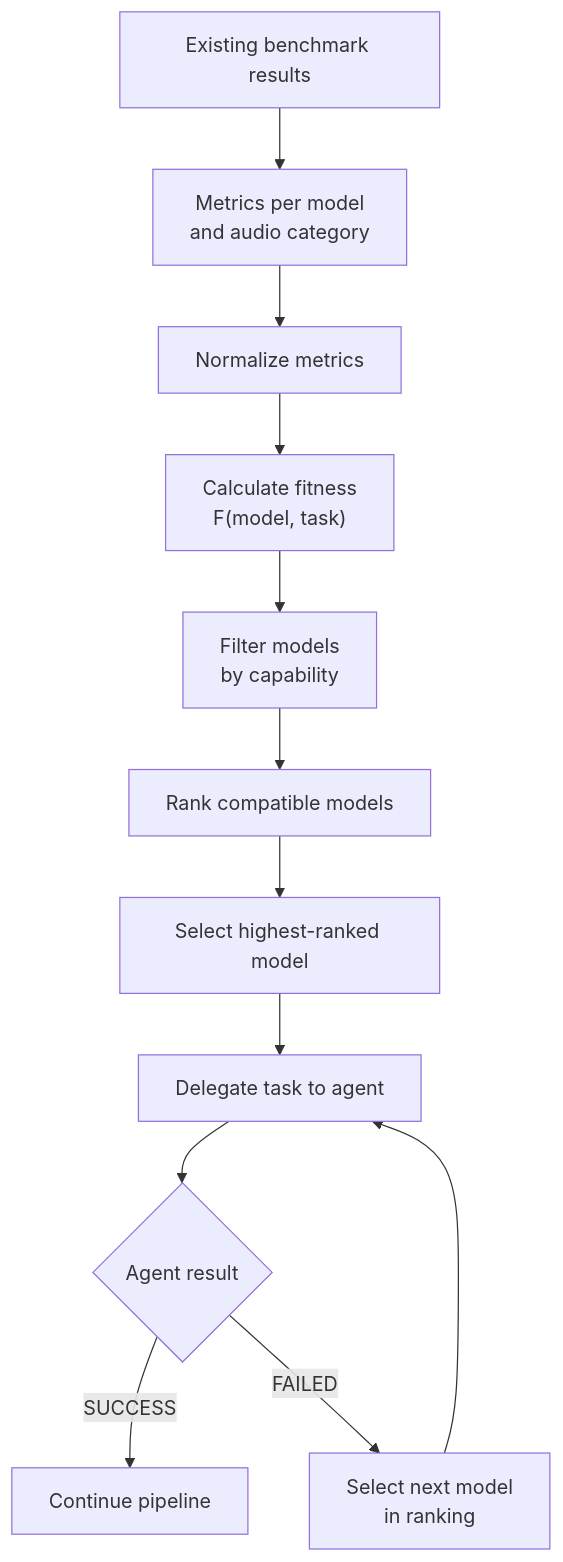
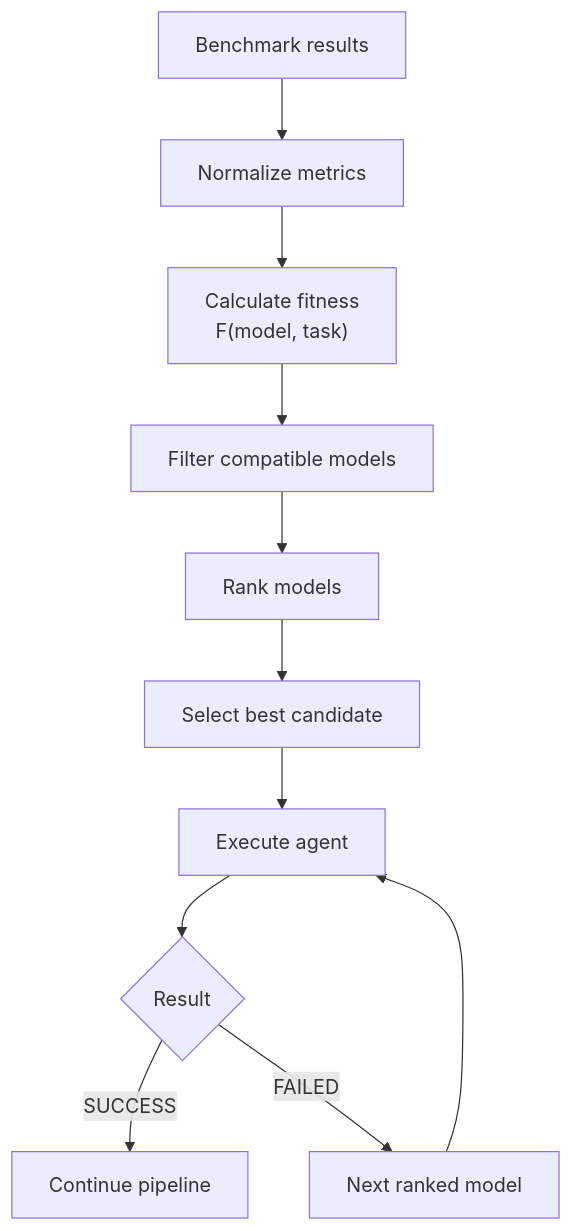
The third of 10 diagrams in README.md (wgrzyb271/SoundCraft), drawn with Mermaid before and after one commit. The commit also changed other lines of this file, not shown here.

````diff
--- a/README.md
+++ b/README.md
@@ -212,26 +127,16 @@
 ```mermaid
 flowchart TD
-    DATA["Existing benchmark results"]
+    DATA["Benchmark results"]
+    DATA --> NORM["Normalize metrics"]
+    NORM --> FITNESS["Calculate fitness<br/>F(model, task)"]
+    FITNESS --> FILTER["Filter compatible models"]
+    FILTER --> RANK["Rank models"]
+    RANK --> BEST["Select best candidate"]
 
-    DATA --> METRICS["Metrics per model<br/>and audio category"]
-
-    METRICS --> NORM["Normalize metrics"]
-
-    NORM --> FITNESS["Calculate fitness<br/>F(model, task)"]
-
-    FITNESS --> FILTER["Filter models<br/>by capability"]
-
-    FILTER --> RANK["Rank compatible models"]
-
-    RANK --> BEST["Select highest-ranked model"]
-
-    BEST --> AGENT["Delegate task to agent"]
-
-    AGENT --> RESULT{"Agent result"}
+    BEST --> AGENT["Execute agent"]
+    AGENT --> RESULT{"Result"}
 
     RESULT -->|"SUCCESS"| DONE["Continue pipeline"]
-
-    RESULT -->|"FAILED"| NEXT["Select next model<br/>in ranking"]
-
+    RESULT -->|"FAILED"| NEXT["Next ranked model"]
     NEXT --> AGENT
 ```
````
